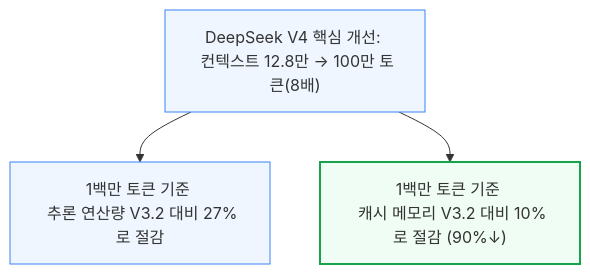
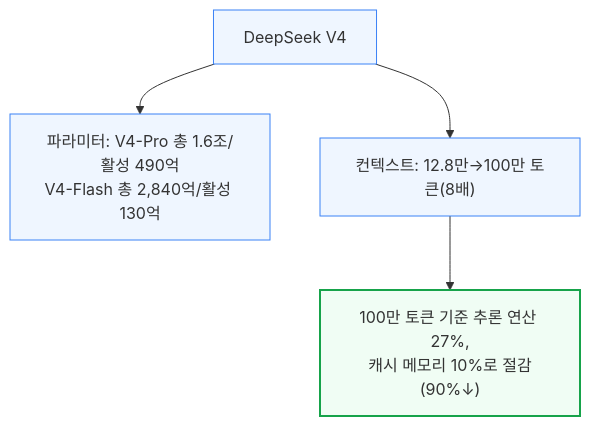
The fifth of 17 diagrams in source/newsletter/ai_models/agents/[260425] 코딩 어시스턴트 해부 - 토큰을 더 주세요.md (yohan4477/semi-report), drawn with Mermaid before and after one commit. The commit also changed other lines of this file, not shown here.

````diff
--- a/source/newsletter/ai_models/agents/[260425] 코딩 어시스턴트 해부 - 토큰을 더 주세요.md
+++ b/source/newsletter/ai_models/agents/[260425] 코딩 어시스턴트 해부 - 토큰을 더 주세요.md
@@ -120,9 +122,10 @@
 ```mermaid
 flowchart TD
-    A["DeepSeek V4 핵심 개선: <br/> 컨텍스트 12.8만 → 100만 토큰(8배)"] --> B["1백만 토큰 기준 <br/> 추론 연산량 V3.2 대비 27%로 절감"]
-    A --> C["1백만 토큰 기준 <br/> 캐시 메모리 V3.2 대비 10%로 절감 (90%↓)"]
+    A["DeepSeek V4"] --> B["파라미터: V4-Pro 총 1.6조/활성 490억<br/>V4-Flash 총 2,840억/활성 130억"]
+    A --> C["컨텍스트: 12.8만→100만 토큰(8배)"]
+    C --> D["100만 토큰 기준 추론 연산 27%,<br/>캐시 메모리 10%로 절감(90%↓)"]
 
     classDef default fill:#eff6ff,stroke:#3b82f6,stroke-width:1px;
     classDef success fill:#f0fdf4,stroke:#16a34a,stroke-width:2px;
-    class C success;
+    class D success;
 ```
````
